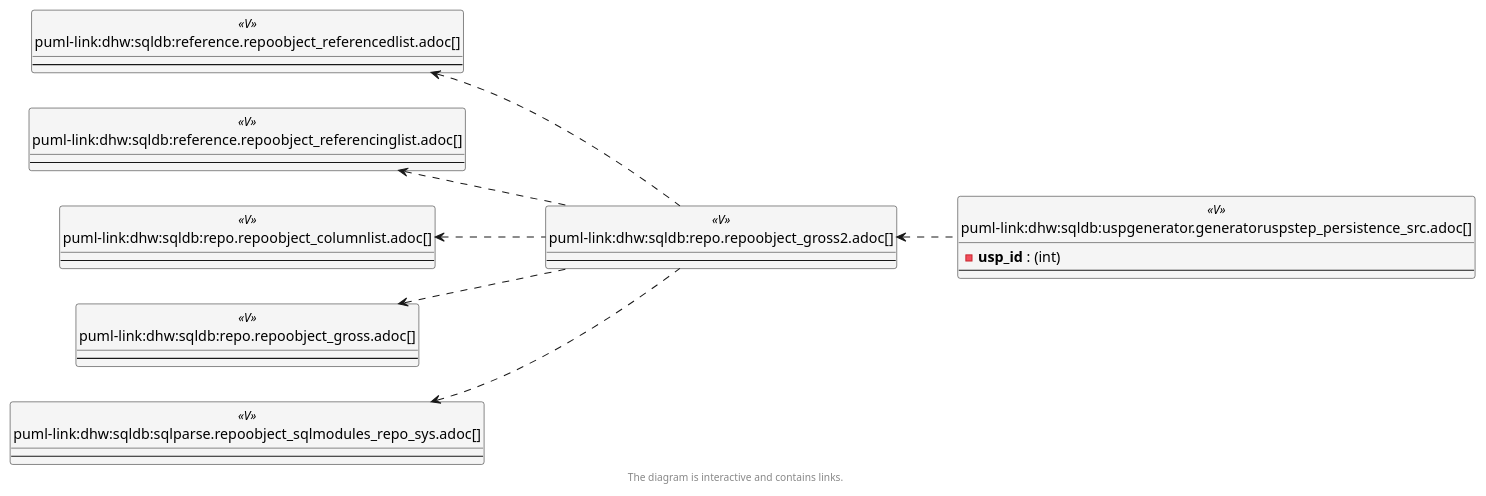
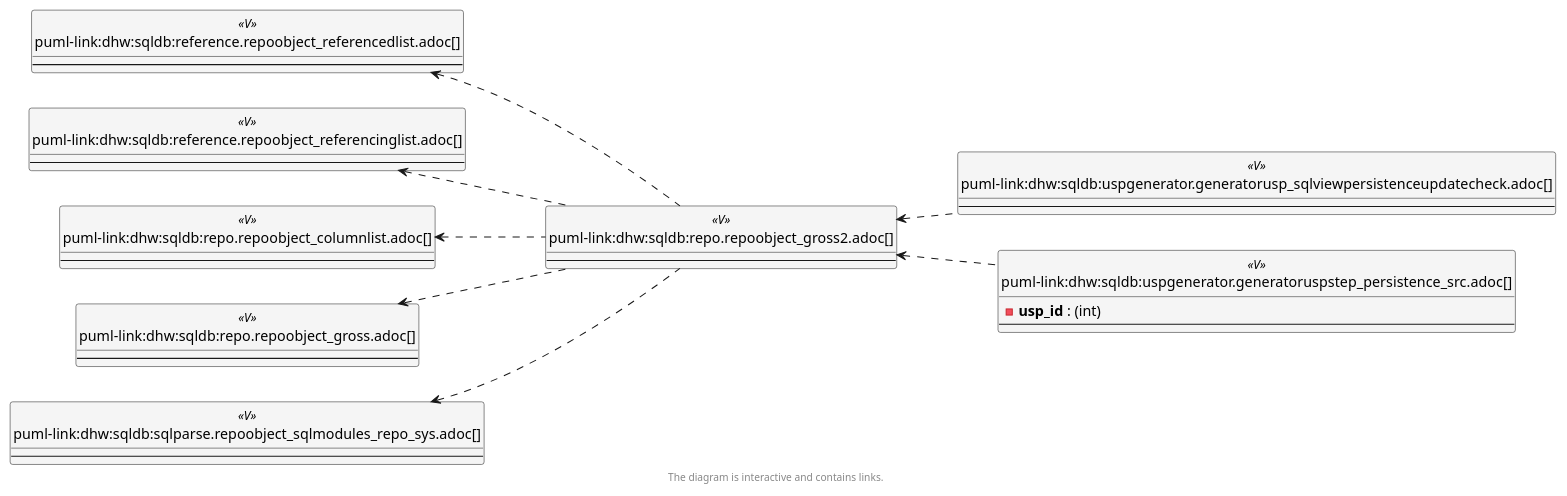
The third of 6 diagrams in docs/modules/sqldb/partials/content/repo.repoobject_gross2.adoc (DataHandwerk/dhw-antora-sqldb), drawn with PlantUML before and after one commit. The commit also changed other lines of this file and 701 other files, not shown here.

```diff
--- a/docs/modules/sqldb/partials/content/repo.repoobject_gross2.adoc
+++ b/docs/modules/sqldb/partials/content/repo.repoobject_gross2.adoc
@@ -3227,70 +3280,75 @@
 [plantuml, entity_1_1_objectref-{docname}, svg, subs=macros]
 ....
 @startuml
 left to right direction
 'top to bottom direction
 hide circle
 'avoide "." issues:
 set namespaceSeparator none
 
 
 skinparam class {
   BackgroundColor White
   BackgroundColor<<FN>> Yellow
   BackgroundColor<<FS>> Yellow
   BackgroundColor<<FT>> LightGray
   BackgroundColor<<IF>> Yellow
   BackgroundColor<<IS>> Yellow
   BackgroundColor<<P>>  Aqua
   BackgroundColor<<PC>> Aqua
   BackgroundColor<<SN>> Yellow
   BackgroundColor<<SO>> SlateBlue
   BackgroundColor<<TF>> LightGray
   BackgroundColor<<TR>> Tomato
   BackgroundColor<<U>>  White
   BackgroundColor<<V>>  WhiteSmoke
   BackgroundColor<<X>>  Aqua
   BackgroundColor<<external>> AliceBlue
 }
 
 
 entity "puml-link:dhw:sqldb:reference.repoobject_referencedlist.adoc[]" as reference.RepoObject_ReferencedList << V >> {
   --
 }
 
 entity "puml-link:dhw:sqldb:reference.repoobject_referencinglist.adoc[]" as reference.RepoObject_ReferencingList << V >> {
   --
 }
 
 entity "puml-link:dhw:sqldb:repo.repoobject_columnlist.adoc[]" as repo.RepoObject_ColumnList << V >> {
   --
 }
 
 entity "puml-link:dhw:sqldb:repo.repoobject_gross.adoc[]" as repo.RepoObject_gross << V >> {
   --
 }
 
 entity "puml-link:dhw:sqldb:repo.repoobject_gross2.adoc[]" as repo.RepoObject_gross2 << V >> {
   --
 }
 
 entity "puml-link:dhw:sqldb:sqlparse.repoobject_sqlmodules_repo_sys.adoc[]" as sqlparse.RepoObject_SqlModules_Repo_Sys << V >> {
   --
 }
 
+entity "puml-link:dhw:sqldb:uspgenerator.generatorusp_sqlviewpersistenceupdatecheck.adoc[]" as uspgenerator.GeneratorUsp_SqlViewPersistenceUpdateCheck << V >> {
+  --
+}
+
 entity "puml-link:dhw:sqldb:uspgenerator.generatoruspstep_persistence_src.adoc[]" as uspgenerator.GeneratorUspStep_Persistence_src << V >> {
   - **usp_id** : (int)
   --
 }
 
 reference.RepoObject_ReferencedList <.. repo.RepoObject_gross2
 reference.RepoObject_ReferencingList <.. repo.RepoObject_gross2
 repo.RepoObject_ColumnList <.. repo.RepoObject_gross2
 repo.RepoObject_gross <.. repo.RepoObject_gross2
+repo.RepoObject_gross2 <.. uspgenerator.GeneratorUsp_SqlViewPersistenceUpdateCheck
 repo.RepoObject_gross2 <.. uspgenerator.GeneratorUspStep_Persistence_src
 sqlparse.RepoObject_SqlModules_Repo_Sys <.. repo.RepoObject_gross2
 
 footer The diagram is interactive and contains links.
 
 @enduml
 ....
```
